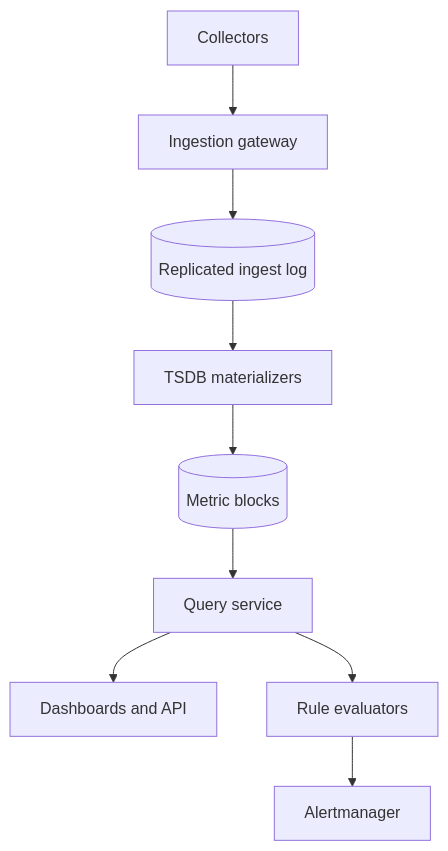
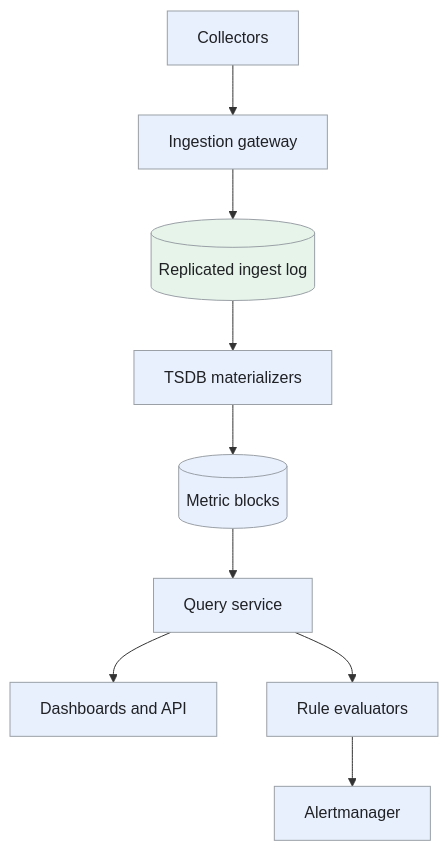
One commit to iliazlobin/iliazlobin.github.io changed the first of 4 diagrams in _designs/system-design-metrics-monitoring.md. Above: the diagram before and after it, drawn with Mermaid. The commit also changed other lines of this file and 20 other files, not shown here.

Commit message:
Improve design flows, tradeoffs, and technology references

````diff
--- a/_designs/system-design-metrics-monitoring.md
+++ b/_designs/system-design-metrics-monitoring.md
@@ -128,11 +128,16 @@
 ```mermaid
 flowchart TB
     C["Collectors"] --> G["Ingestion gateway"]
     G --> LOG[("Replicated ingest log")]
     LOG --> I["TSDB materializers"]
     I --> B[("Metric blocks")]
     B --> Q["Query service"]
     Q --> D["Dashboards and API"]
     Q --> R["Rule evaluators"]
     R --> A["Alertmanager"]
+  classDef request fill:#e8f0fe,stroke:#9aa0a6,color:#202124,stroke-width:1px
+  classDef background fill:#e6f4ea,stroke:#9aa0a6,color:#202124,stroke-width:1px
+  classDef control fill:#fef7e0,stroke:#9aa0a6,color:#202124,stroke-width:1px
+  class C,G,I,B,Q,D,R,A request
+  class LOG background
 ```
````
